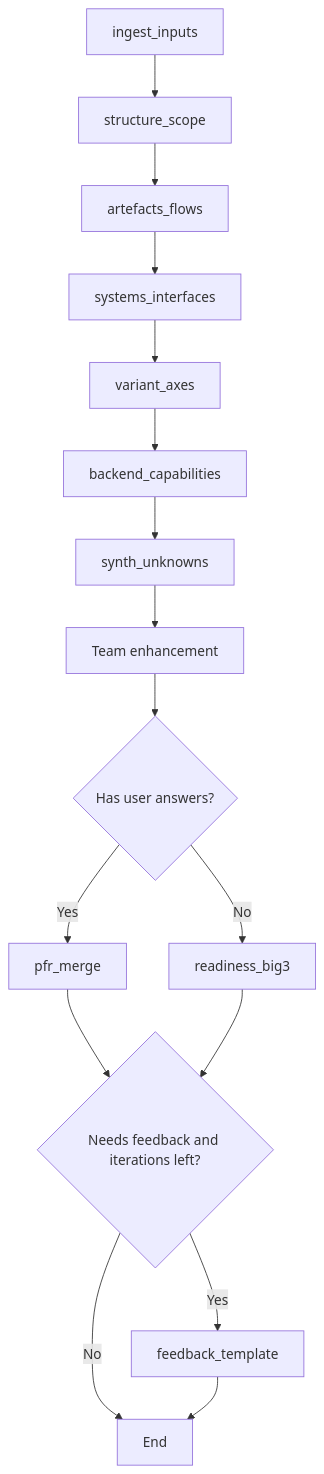
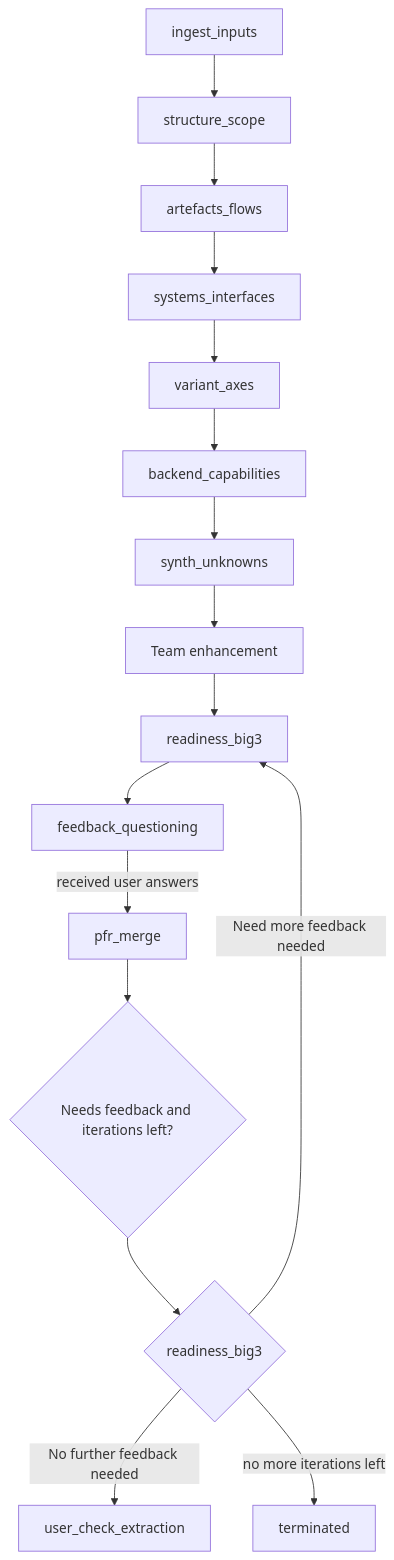
One commit to hangchill/GROSS_agentic_estimation_tool changed the second of 3 diagrams in docs/DESIGN.md. Above: the diagram before and after it, drawn with Mermaid. The commit also changed 1 other file, not shown here.

Commit message:
correct workflow chart

````diff
--- a/docs/DESIGN.md
+++ b/docs/DESIGN.md
@@ -110,22 +110,23 @@
 ```mermaid
 flowchart TD
 A[ingest_inputs] --> B[structure_scope]
     B --> C[artefacts_flows]
     C --> D[systems_interfaces]
     D --> E[variant_axes]
     E --> F[backend_capabilities]
     F --> G[synth_unknowns]
         
     G --> TE[Team enhancement]
-    TE --> H{Has user answers?}
     
-    H -->|Yes| I[pfr_merge]
-    H -->|No| J[readiness_big3]
-
-    I --> K{Needs feedback and iterations left?}
-    J --> K
-
-    K -->|Yes| L[feedback_template]
-    K -->|No| M[End]
-    L --> M
+    %% New flow starts here
+    TE --> R1[readiness_big3]
+    R1 --> FQ[feedback_questioning]
+    FQ -->|received user answers| PM[pfr_merge]
+    
+    PM --> NFI{Needs feedback and iterations left?}
+    NFI --> R2{readiness_big3}
+    
+    R2 -->|No further feedback needed| UCE[user_check_extraction]
+    R2 -->|Need more feedback needed| R1
+    R2 -->|no more iterations left| TM[terminated]
 ```
````
